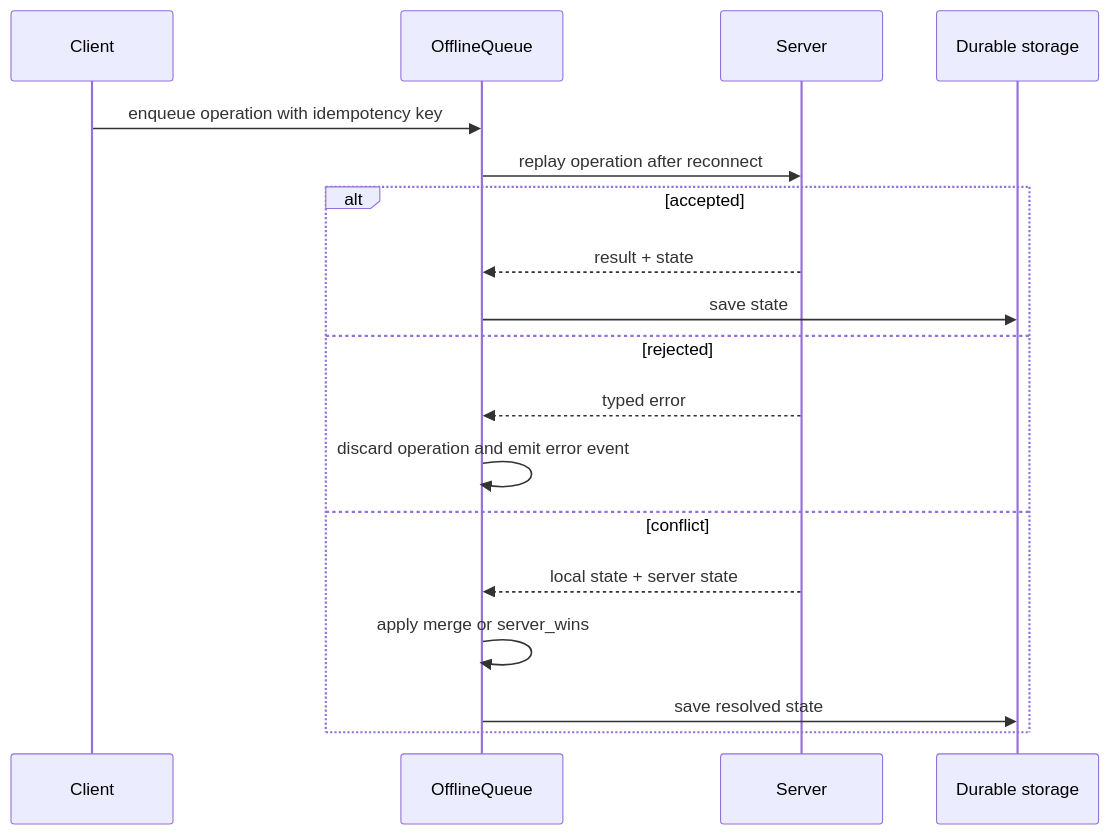
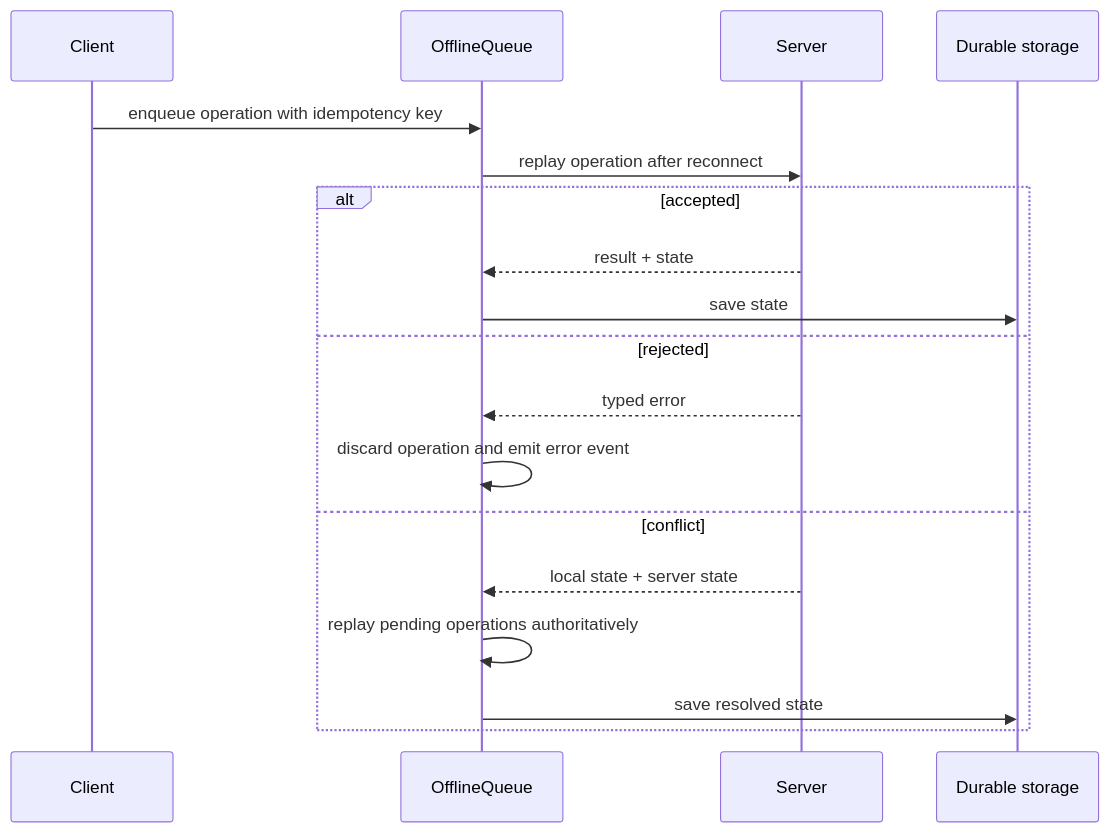
One commit to nitta-a/stamprally-core-app changed the diagram in docs/SYNC_AND_TRANSACTION.md. Above: the diagram before and after it, drawn with Mermaid. The commit also changed other lines of this file and 23 other files, not shown here.

````diff
--- a/docs/SYNC_AND_TRANSACTION.md
+++ b/docs/SYNC_AND_TRANSACTION.md
@@ -46,20 +44,20 @@
 ```mermaid
 sequenceDiagram
   participant C as Client
   participant Q as OfflineQueue
   participant S as Server
   participant D as Durable storage
   C->>Q: enqueue operation with idempotency key
   Q->>S: replay operation after reconnect
   alt accepted
     S-->>Q: result + state
     Q->>D: save state
   else rejected
     S-->>Q: typed error
     Q->>Q: discard operation and emit error event
   else conflict
     S-->>Q: local state + server state
-    Q->>Q: apply merge or server_wins
+    Q->>Q: replay pending operations authoritatively
     Q->>D: save resolved state
   end
 ```
````
